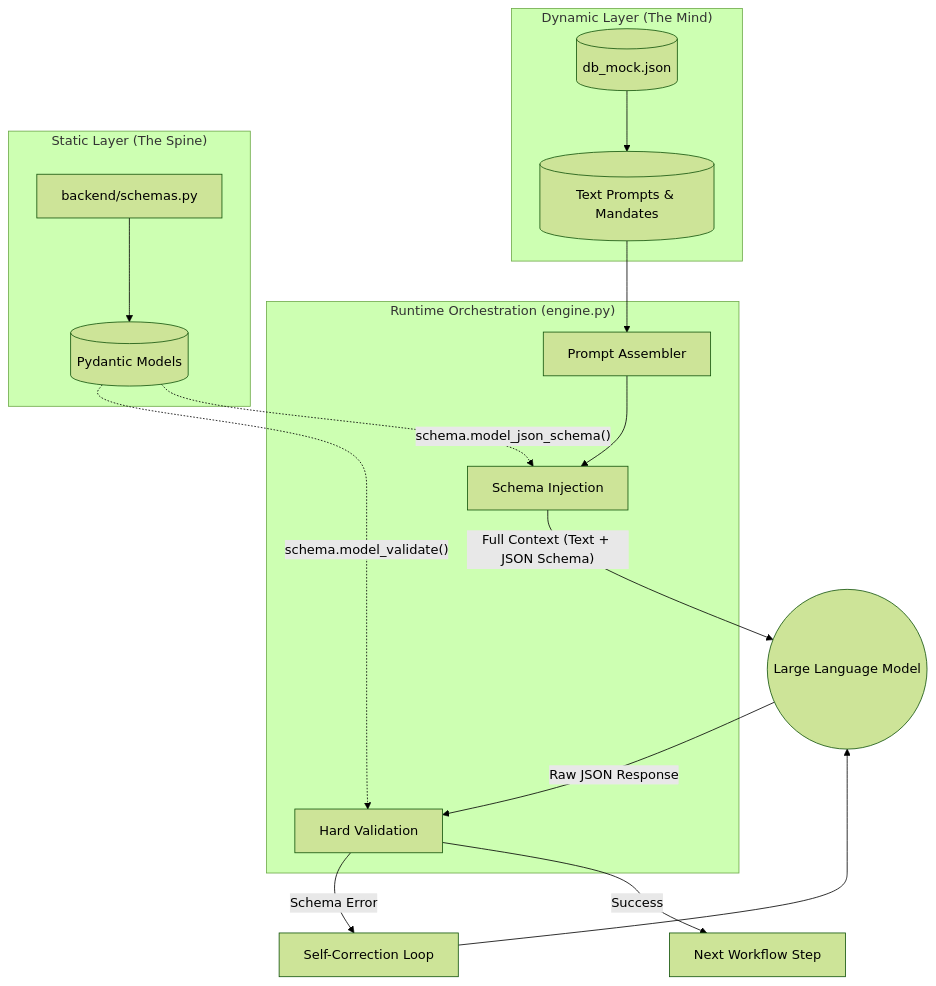
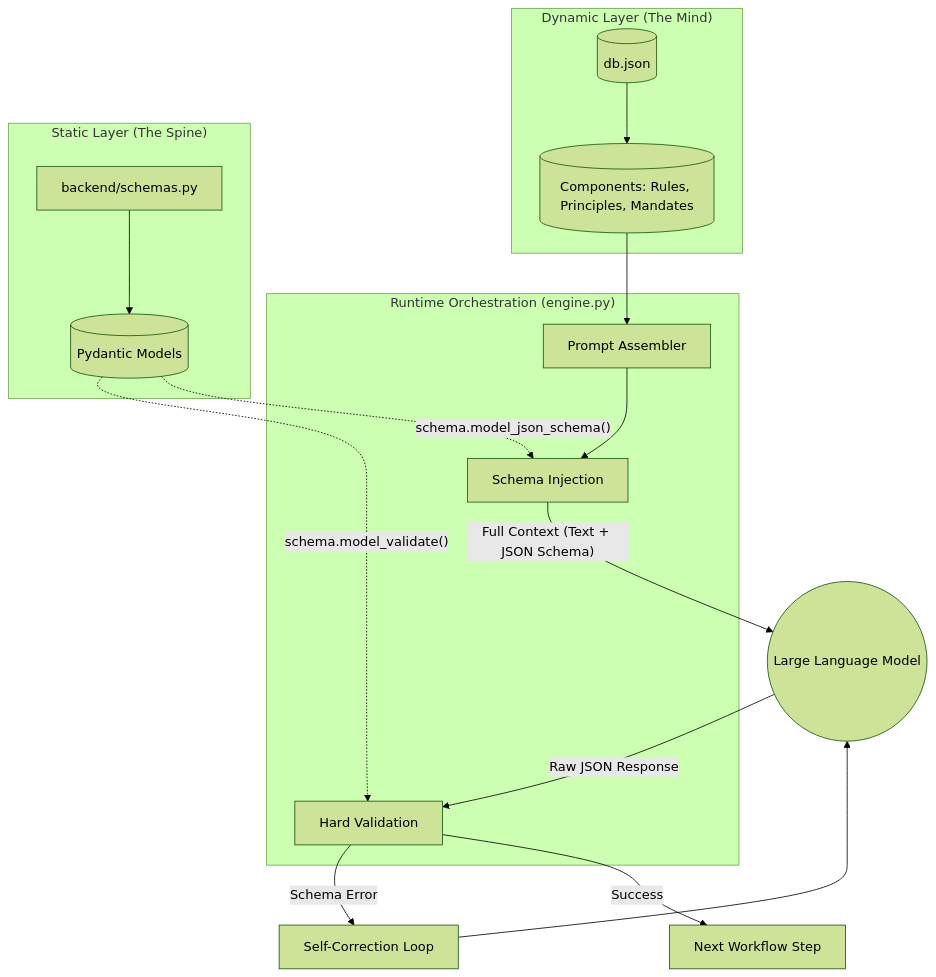
Before and after one commit to launis/quorum: the diagram in docs/structured_cognitive_architecture.md, drawn with Mermaid (forest theme). The commit also changed other lines of this file and 58 other files, not shown here.

````diff
--- a/docs/structured_cognitive_architecture.md
+++ b/docs/structured_cognitive_architecture.md
@@ -53,35 +97,35 @@
 ```mermaid
 graph TD
     subgraph "Dynamic Layer (The Mind)"
-        DB[("db_mock.json")]
-        Prompt[("Text Prompts & Mandates")]
+        DB[("db.json")]
+        Prompt[("Components: Rules, Principles, Mandates")]
         DB --> Prompt
     end
 
     subgraph "Static Layer (The Spine)"
         Code["backend/schemas.py"]
         Schema[("Pydantic Models")]
         Code --> Schema
     end
 
     subgraph "Runtime Orchestration (engine.py)"
         Builder["Prompt Assembler"]
         Injector["Schema Injection"]
         Validator["Hard Validation"]
     end
 
     LLM(("Large Language Model"))
 
     %% Flow
     Prompt --> Builder
     Builder --> Injector
     Schema -.-> |"schema.model_json_schema()"| Injector
     Injector --> |"Full Context (Text + JSON Schema)"| LLM
     
     LLM --> |"Raw JSON Response"| Validator
     Schema -.-> |"schema.model_validate()"| Validator
     
     Validator --> |"Success"| NextStep["Next Workflow Step"]
     Validator --> |"Schema Error"| Retry["Self-Correction Loop"]
     Retry --> LLM
 ```
````
